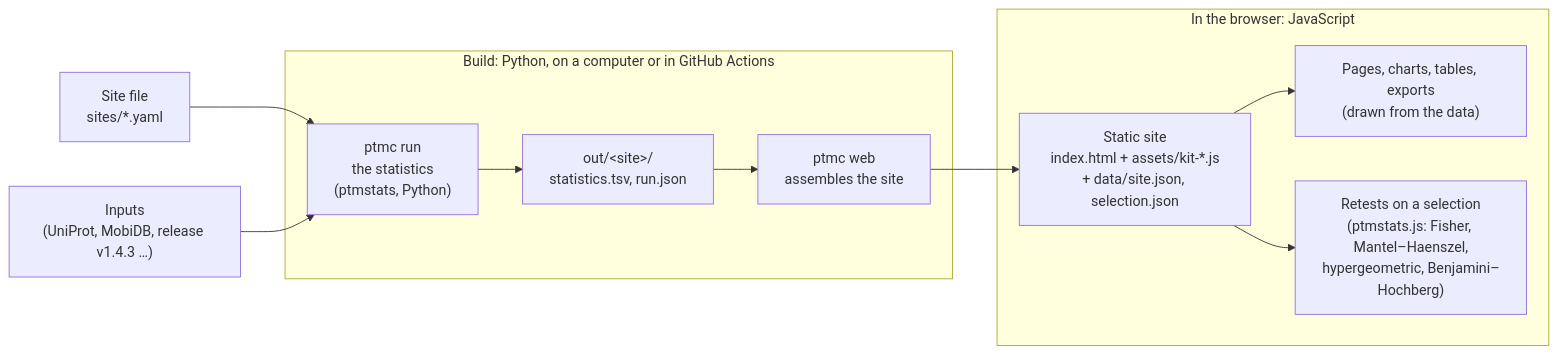
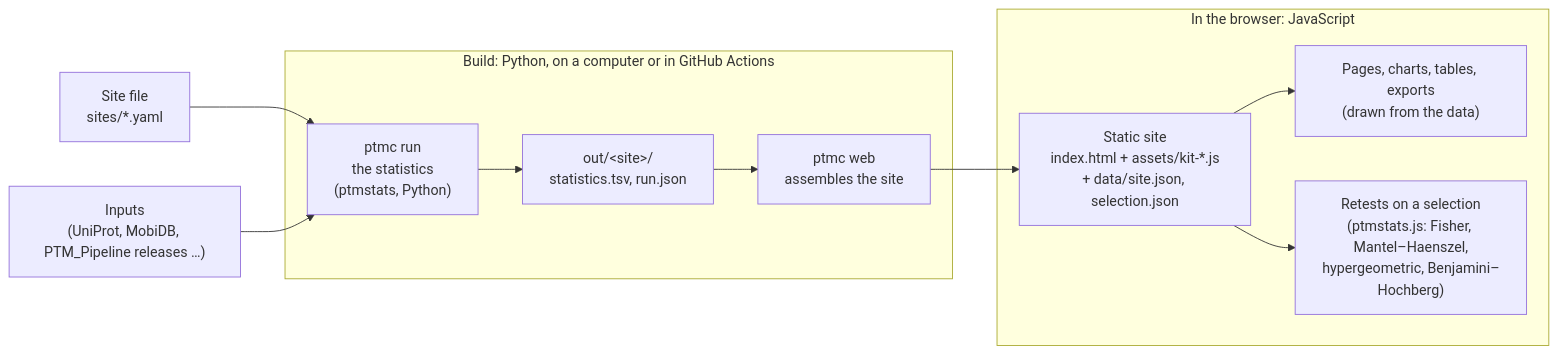
One commit to Shechterlab/ptmcontext changed the diagram in README.md. Above: the diagram before and after it, drawn with Mermaid. The commit also changed other lines of this file, not shown here.

````diff
--- a/README.md
+++ b/README.md
@@ -24,14 +59,14 @@
 ```mermaid
 flowchart LR
   Y["Site file<br/>sites/*.yaml"] --> R
-  I["Inputs<br/>(UniProt, MobiDB, release v1.4.3 …)"] --> R
+  I["Inputs<br/>(UniProt, MobiDB, PTM_Pipeline releases …)"] --> R
   subgraph build["Build: Python, on a computer or in GitHub Actions"]
     R["ptmc run<br/>the statistics<br/>(ptmstats, Python)"] --> O["out/&lt;site&gt;/<br/>statistics.tsv, run.json"]
     O --> W["ptmc web<br/>assembles the site"]
   end
   W --> S["Static site<br/>index.html + assets/kit-*.js<br/>+ data/site.json, selection.json"]
   subgraph browser["In the browser: JavaScript"]
     S --> V["Pages, charts, tables, exports<br/>(drawn from the data)"]
     S --> T["Retests on a selection<br/>(ptmstats.js: Fisher, Mantel–Haenszel,<br/>hypergeometric, Benjamini–Hochberg)"]
   end
 ```
````
